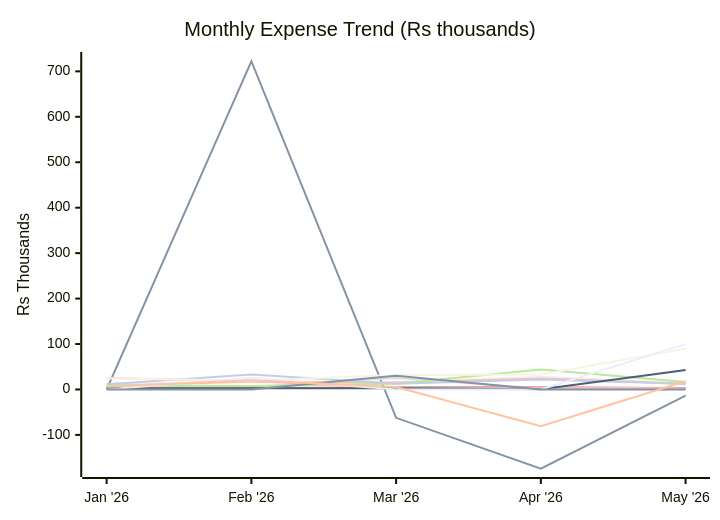
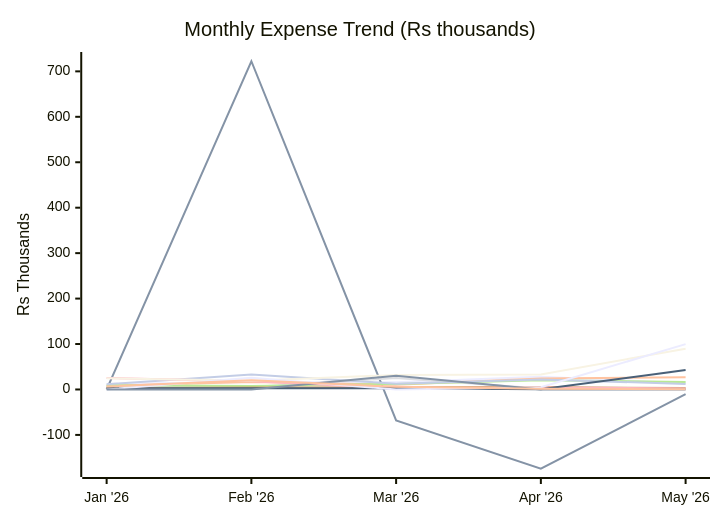
One commit to sachin-hg/expense-reporter changed the first of 2 diagrams in reports/2026-05.md. Above: the diagram before and after it, drawn with Mermaid. The commit also changed other lines of this file and 18 other files, not shown here.

````diff
--- a/reports/2026-05.md
+++ b/reports/2026-05.md
@@ -26,19 +26,19 @@
 ```mermaid
 xychart-beta
     title "Monthly Expense Trend (Rs thousands)"
     x-axis ["Jan '26", "Feb '26", "Mar '26", "Apr '26", "May '26"]
     y-axis "Rs Thousands" -175 --> 725
-    line "Travel" [12.1, 16.5, 16.1, 27.9, 13.7]
-    line "Trip" [0.0, 722.3, -62.4, -174.4, -13.5]
-    line "Shopping" [7.8, 17.5, 15.1, 24.2, 12.7]
+    line "Travel" [12.2, 16.5, 15.9, 27.9, 13.7]
+    line "Trip" [0.0, 722.3, -67.9, -174.4, -10.2]
+    line "Shopping" [7.8, 16.4, 10.6, 24.2, 26.8]
     line "Baby" [7.7, 5.6, 25.3, 2.4, 1.0]
-    line "Outside Food" [9.5, 7.6, 12.6, 44.1, 16.4]
-    line "Grocery" [2.9, 3.5, 4.7, 5.3, 3.2]
+    line "Outside Food" [9.5, 7.6, 12.1, 20.2, 16.4]
+    line "Grocery" [2.5, 4.5, 4.7, 5.3, 3.2]
     line "Utilities & Bills" [11.5, 33.2, 12.6, 21.7, 12.3]
-    line "Health, Fitness & Self Care" [25.5, 18.6, 2.5, 4.4, 2.3]
+    line "Health, Fitness & Self Care" [25.5, 18.3, 2.5, 4.4, 2.3]
     line "Upskill / AI" [2.6, 2.5, 2.6, 0.4, 42.6]
     line "Rohan" [24.8, 19.3, 32.0, 33.1, 89.6]
-    line "One-Time Expense" [0.0, 25.8, 0.0, 0.0, 99.7]
+    line "One-Time Expense" [0.0, 25.8, 0.0, 5.0, 99.7]
     line "Tax" [0.0, 0.0, 30.3, 0.0, 0.0]
-    line "Others" [6.0, 20.1, 5.2, -80.9, 18.1]
+    line "Others" [6.3, 20.3, 5.9, 1.8, 0.7]
 ```
````
